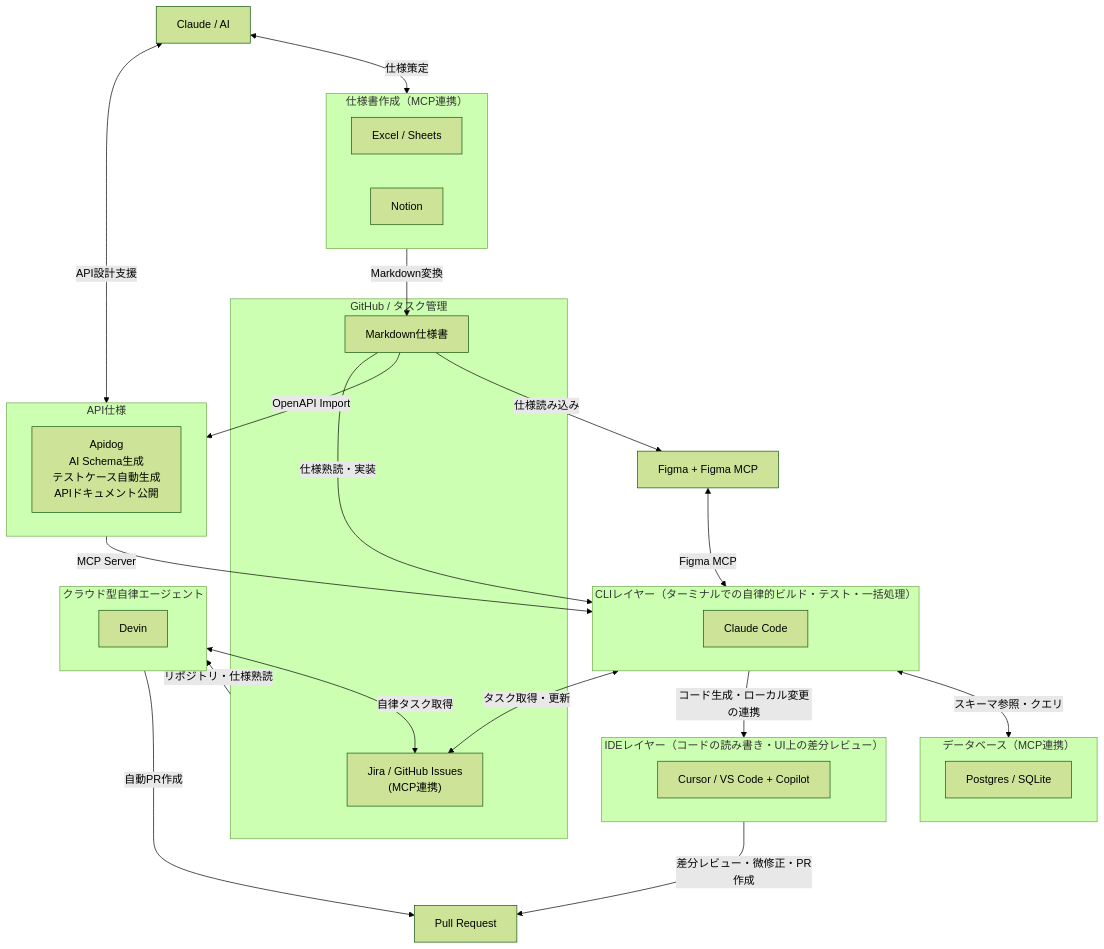
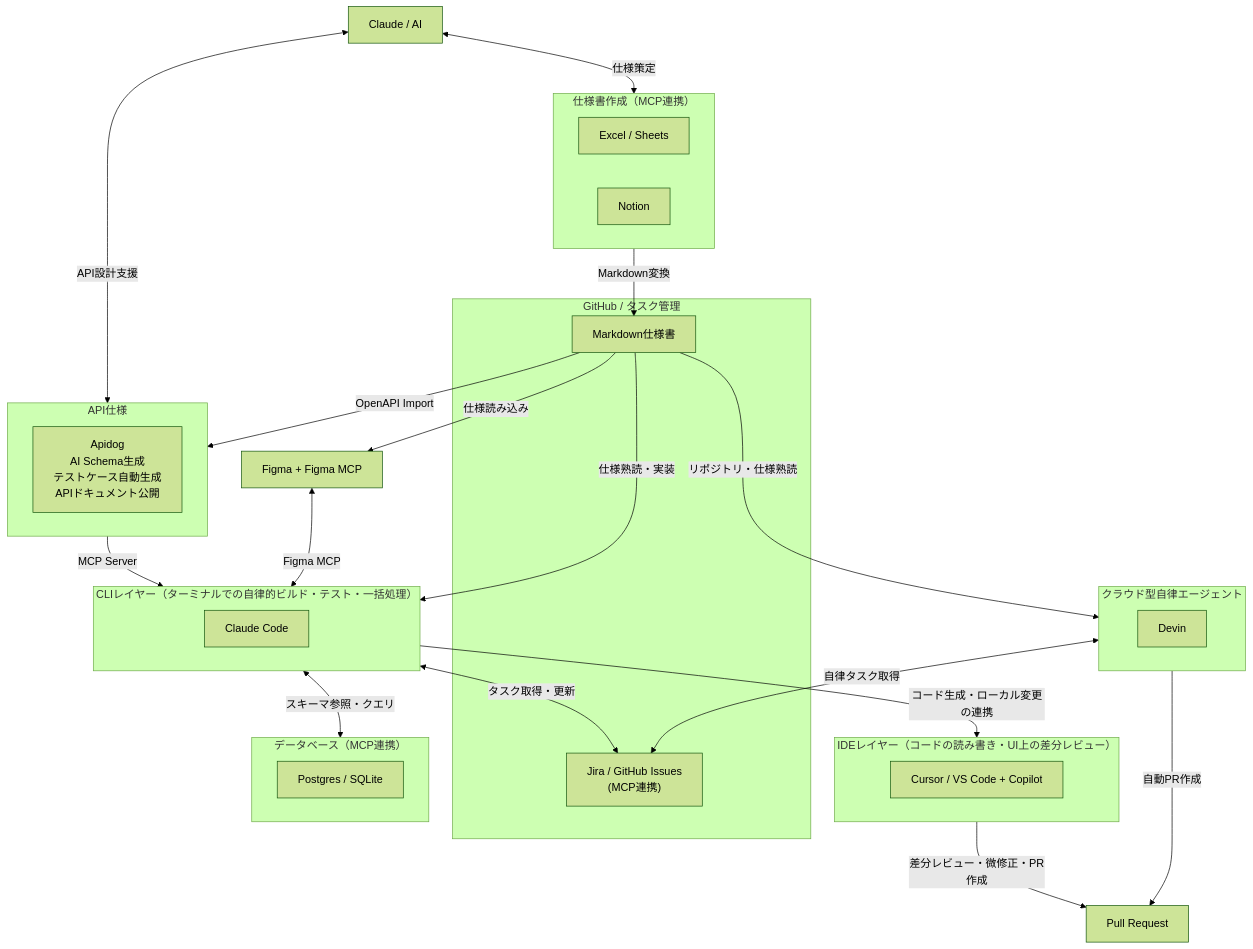
The first of 20 diagrams in AI駆動開発.md (takuma39/ai), drawn with Mermaid (forest theme) before and after one commit.

Commit message:
update: AI駆動開発.mdを更新

````diff
--- a/AI駆動開発.md
+++ b/AI駆動開発.md
@@ -70,51 +70,51 @@
 ```mermaid
 graph TD
     Claude["Claude / AI"]
 
     subgraph specs["仕様書作成（MCP連携）"]
         Excel["Excel / Sheets"]
         NotionTool["Notion"]
     end
 
     subgraph repo_tasks["GitHub / タスク管理"]
         Jira["Jira / GitHub Issues<br/>(MCP連携)"]
         MD["Markdown仕様書"]
     end
     subgraph apispec["API仕様"]
         Apidog["Apidog<br/>AI Schema生成<br/>テストケース自動生成<br/>APIドキュメント公開"]
     end
 
     Figma["Figma + Figma MCP"]
 
     subgraph ide["IDEレイヤー（コードの読み書き・UI上の差分レビュー）"]
         Cursor["Cursor / VS Code + Copilot"]
     end
 
     subgraph cli["CLIレイヤー（ターミナルでの自律的ビルド・テスト・一括処理）"]
         CC["Claude Code"]
     end
 
     subgraph saas_agent["クラウド型自律エージェント"]
         Devin["Devin"]
     end
 
     subgraph database["データベース（MCP連携）"]
         DB["Postgres / SQLite"]
     end
 
     Claude <-->|"仕様策定"| specs
     Claude <-->|"API設計支援"| apispec
     cli <-->|"タスク取得・更新"| Jira
     saas_agent <-->|"自律タスク取得"| Jira
     specs -->|"Markdown変換"| MD
     MD -->|"OpenAPI Import"| apispec
     apispec -->|"MCP Server"| cli
     MD -->|"仕様読み込み"| Figma
     Figma <-->|"Figma MCP"| cli
     MD -->|"仕様熟読・実装"| cli
-    repo_tasks -->|"リポジトリ・仕様熟読"| saas_agent
+    MD -->|"リポジトリ・仕様熟読"| saas_agent
     cli <-->|"スキーマ参照・クエリ"| database
     cli -->|"コード生成・ローカル変更の連携"| ide
     ide -->|"差分レビュー・微修正・PR作成"| PR["Pull Request"]
     saas_agent -->|"自動PR作成"| PR
 ```
````
